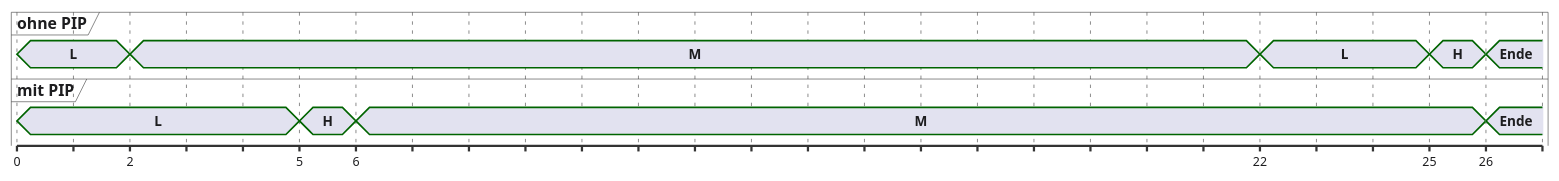
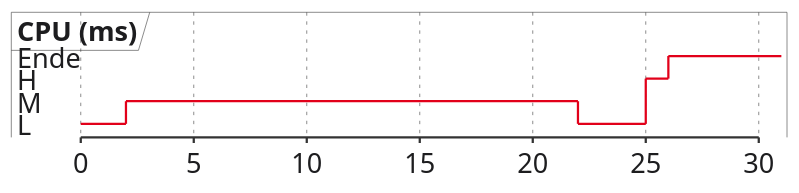
Before and after one commit to dantschi/echtzeitsysteme: the fifth of 6 diagrams in vorlesungen/04_synchronisation-ressourcen.qmd, drawn with PlantUML. The commit also changed other lines of this file and 4 other files, not shown here.

````diff
--- a/vorlesungen/04_synchronisation-ressourcen.qmd
+++ b/vorlesungen/04_synchronisation-ressourcen.qmd
@@ -853,32 +863,45 @@
 ```{.plantuml}
 @startuml
 skinparam backgroundColor transparent
 skinparam defaultFontName "Inter, sans-serif"
 skinparam defaultFontColor #1D1D1F
 skinparam ArrowColor #86868B
+skinparam ArrowFontName SansSerif
+skinparam NoteBackgroundColor #F5F5F7
+skinparam NoteBorderColor #E5E5EA
 skinparam timing {
   BackgroundColor #FFFFFF
   BorderColor #E5E5EA
   LineColor #1D1D1F
   SignalColor #E2001A
 }
-concise "ohne PIP" as A
-concise "mit PIP" as B
+skinparam defaultFontSize 24
+<style>
+timingDiagram {
+  FontName SansSerif
+  robust {
+    LineColor #E2001A
+    BackgroundColor #FFFFFF
+    FontColor #1D1D1F
+  }
+  concise {
+    LineColor #86868B
+    BackgroundColor #FFFFFF
+    FontColor #1D1D1F
+  }
+}
+</style>
+scale 5 as 100 pixels
+robust "CPU (ms)" as C
 @0
-A is L
-B is L
+C is L
 @2
-A is M
-@5
-B is H
-@6
-B is M
+C is M
 @22
-A is L
+C is L
 @25
-A is H
+C is H
 @26
-A is Ende
-B is Ende
+C is Ende
 @enduml
 ```
````
